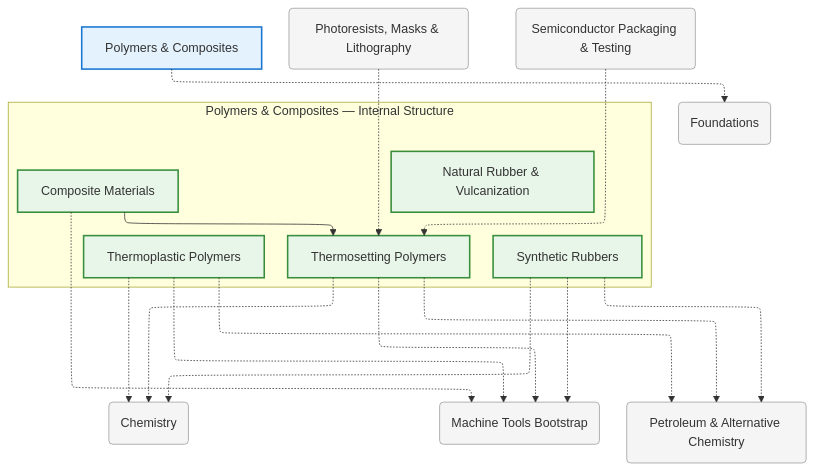
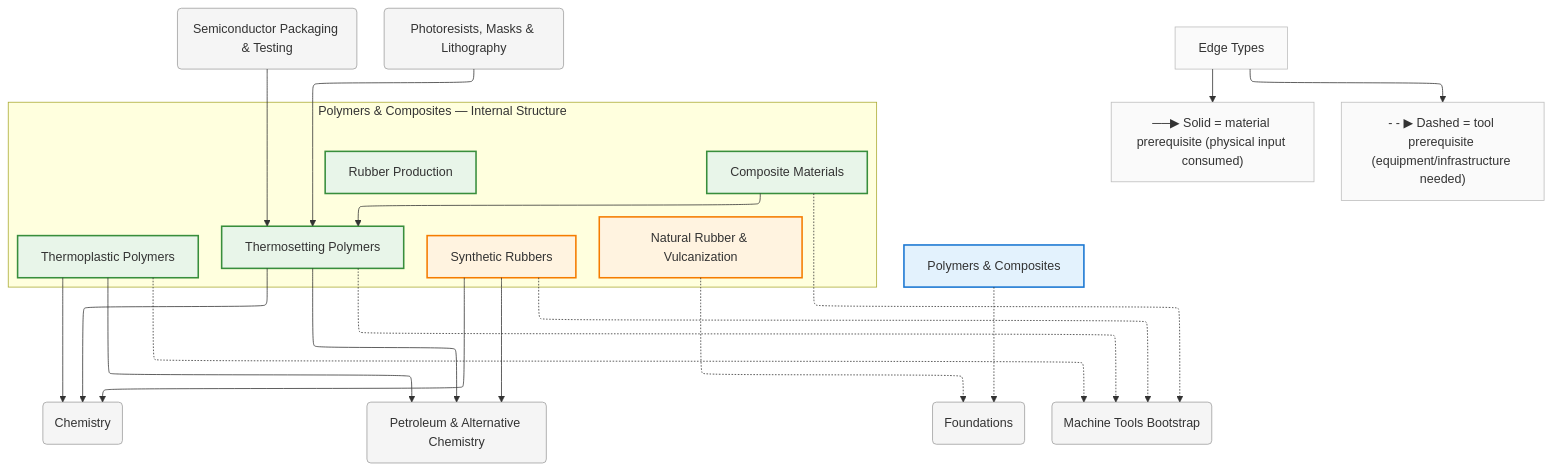
One commit to egofree/TechTree changed the diagram in diagrams/mermaid/polymers.mmd. Above: the diagram before and after it, drawn with Mermaid. The commit also changed 162 other files, not shown here.

```diff
--- a/diagrams/mermaid/polymers.mmd
+++ b/diagrams/mermaid/polymers.mmd
@@ -1,61 +1,71 @@
 %%{init: {"flowchart": {"defaultRenderer": "elk", "htmlLabels": true}}}%%
 graph TD
     %% Domain: Polymers & Composites
 
     %% ==================== INTERNAL NODES ====================
     subgraph polymers_internal ["Polymers & Composites — Internal Structure"]
         direction TB
-        polymers_natural-rubber["Natural Rubber & Vulcanization"]
-        polymers_synthetic-rubbers["Synthetic Rubbers"]
+        polymers_rubber["Rubber Production"]
+        polymers_rubber_natural["Natural Rubber & Vulcanization"]
+        polymers_rubber_synthetic["Synthetic Rubbers"]
         polymers_thermosets["Thermosetting Polymers"]
         polymers_thermoplastics["Thermoplastic Polymers"]
         polymers_composites["Composite Materials"]
     end
 
     %% ==================== DOMAIN NODE ====================
     polymers["Polymers & Composites"]
 
     %% ==================== EXTERNAL DEPENDENCIES ====================
     chemistry("Chemistry")
+    chemistry_packaging-testing("Semiconductor Packaging & Testing")
+    chemistry_petroleum-alternatives("Petroleum & Alternative Chemistry")
     foundations("Foundations")
     machine-tools("Machine Tools Bootstrap")
-    petrochemicals("Petroleum & Alternative Chemistry")
     photolithography_resists-masks("Photoresists, Masks & Lithography")
-    specialty-gases_packaging-testing("Semiconductor Packaging & Testing")
 
     %% ==================== EDGES ====================
     polymers_composites --> polymers_thermosets
-    photolithography_resists-masks -.-> polymers_thermosets
-    specialty-gases_packaging-testing -.-> polymers_thermosets
+    photolithography_resists-masks --> polymers_thermosets
+    chemistry_packaging-testing --> polymers_thermosets
     polymers -.-> foundations
-    polymers_synthetic-rubbers -.-> petrochemicals
-    polymers_synthetic-rubbers -.-> chemistry
-    polymers_synthetic-rubbers -.-> machine-tools
-    polymers_thermosets -.-> petrochemicals
-    polymers_thermosets -.-> chemistry
+    polymers_rubber_synthetic --> chemistry_petroleum-alternatives
+    polymers_rubber_synthetic --> chemistry
+    polymers_rubber_synthetic -.-> machine-tools
+    polymers_thermosets --> chemistry_petroleum-alternatives
+    polymers_thermosets --> chemistry
     polymers_thermosets -.-> machine-tools
-    polymers_thermoplastics -.-> petrochemicals
-    polymers_thermoplastics -.-> chemistry
+    polymers_thermoplastics --> chemistry_petroleum-alternatives
+    polymers_thermoplastics --> chemistry
     polymers_thermoplastics -.-> machine-tools
     polymers_composites -.-> machine-tools
+    polymers_rubber_natural -.-> foundations
+
+    %% ==================== EDGE TYPE LEGEND ====================
+    EdgeLegend["Edge Types"]
+    EdgeLegend --> MatNote["──▶ Solid = material prerequisite (physical input consumed)"]
+    EdgeLegend --> ToolNote["- - ▶ Dashed = tool prerequisite (equipment/infrastructure needed)"]
 
     %% ==================== STYLING ====================
     classDef domain fill:#e3f2fd,stroke:#1976d2,stroke-width:2px
     classDef capability fill:#e8f5e9,stroke:#388e3c,stroke-width:2px
     classDef process fill:#fff3e0,stroke:#f57c00,stroke-width:2px
     classDef critical fill:#fff3e0,stroke:#f57c00,stroke-width:3px
     classDef earlyWin fill:#e8f5e9,stroke:#388e3c,stroke-width:3px
     classDef pinnacle fill:#fce4ec,stroke:#c62828,stroke-width:3px
     classDef external fill:#f5f5f5,stroke:#9e9e9e,stroke-width:1px
+    classDef legend fill:#fafafa,stroke:#bdbdbd,stroke-width:1px
     class polymers domain
-    class polymers_natural-rubber capability
-    class polymers_synthetic-rubbers capability
+    class polymers_rubber capability
+    class polymers_rubber_natural process
+    class polymers_rubber_synthetic process
     class polymers_thermosets capability
     class polymers_thermoplastics capability
     class polymers_composites capability
     class chemistry external
+    class chemistry_packaging-testing external
+    class chemistry_petroleum-alternatives external
     class foundations external
     class machine-tools external
-    class petrochemicals external
     class photolithography_resists-masks external
-    class specialty-gases_packaging-testing external
+    class EdgeLegend,MatNote,ToolNote legend
```
